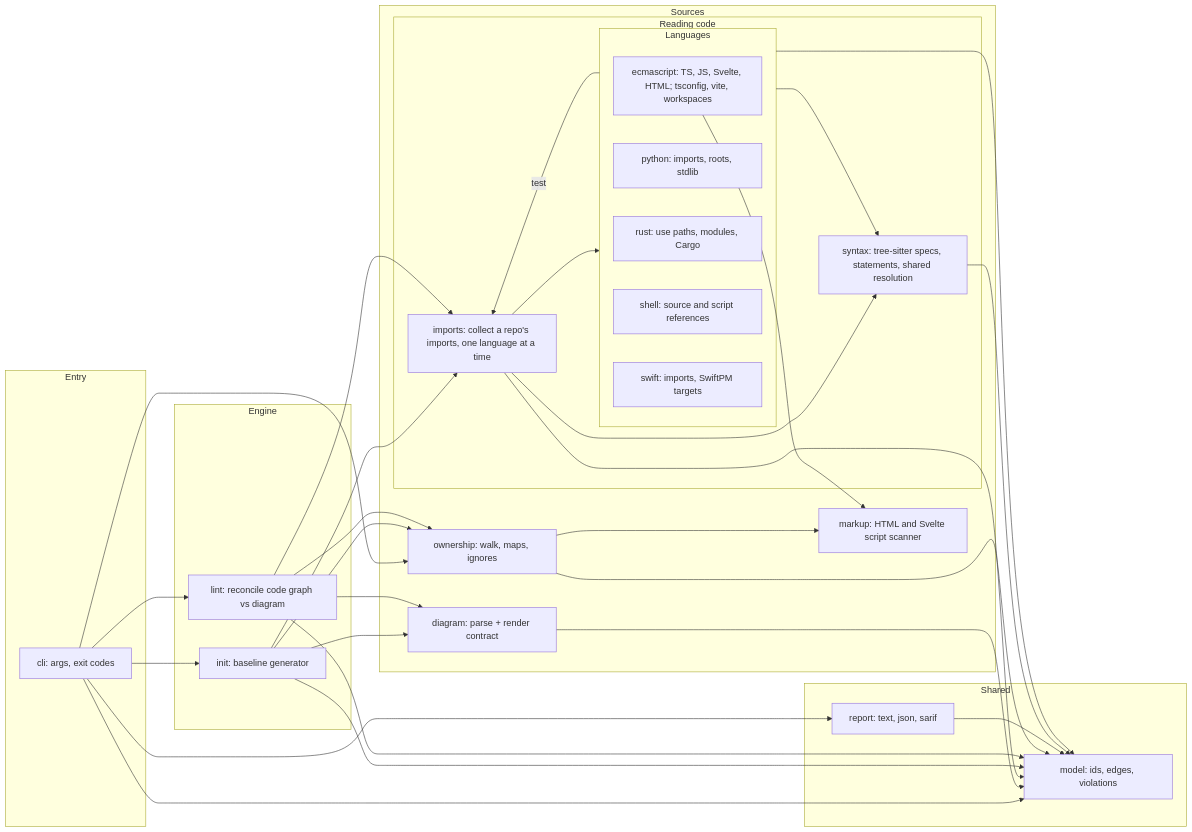
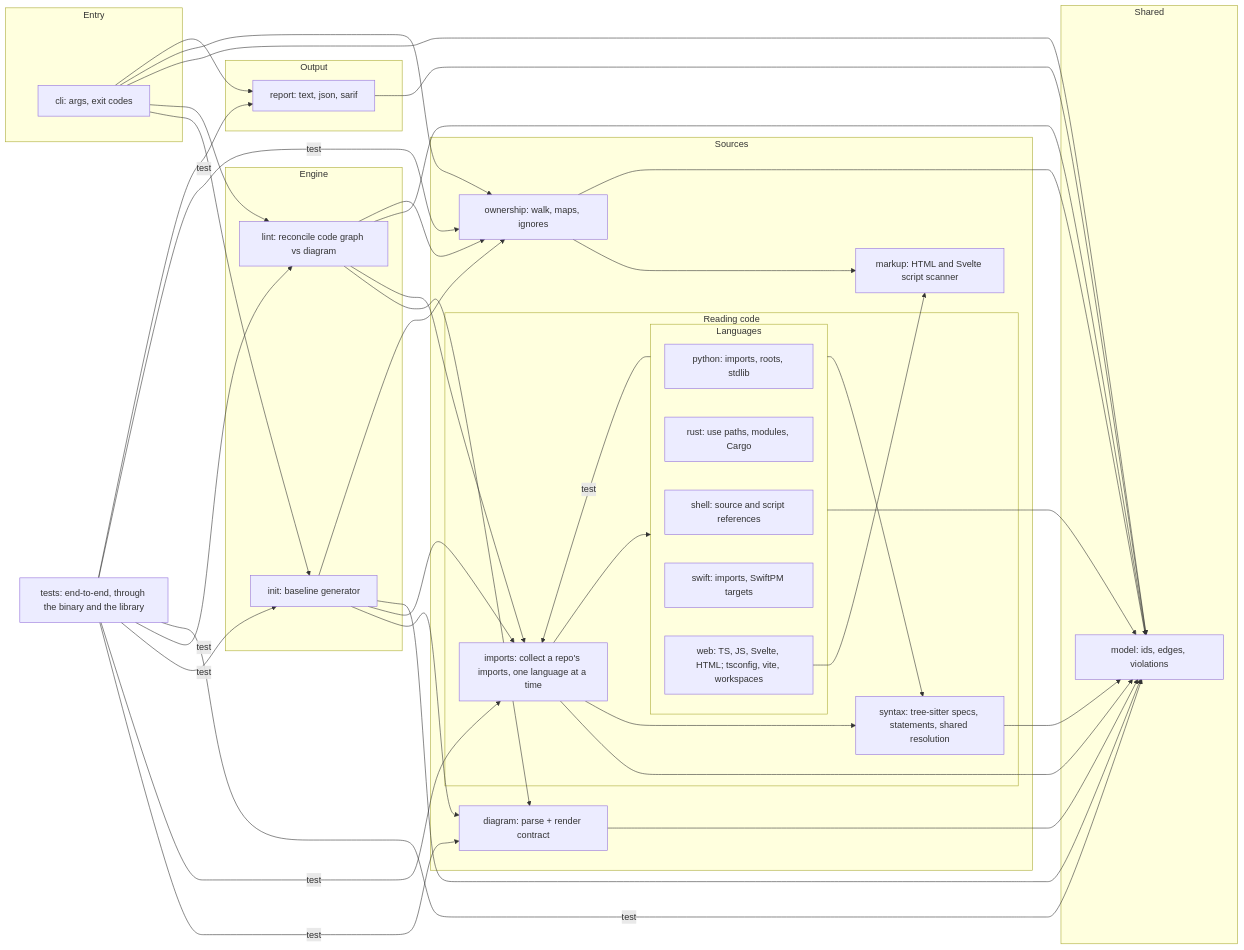
One commit to phanshiyu/driftwall changed the diagram in architecture.mmd. Above: the diagram before and after it, drawn with Mermaid. The commit also changed 56 other files, not shown here.

First line of the commit message:
contract: web, a narrow imports facade, allow-lists, an output layer, tests under the contract

```diff
--- a/architecture.mmd
+++ b/architecture.mmd
@@ -1,92 +1,115 @@
 %% driftwall architecture contract.
 %% Solid arrow  (-->)  = implemented dependency, enforced.
 %% Dotted arrow (-.->) = planned dependency, tolerated until built.
 flowchart LR
 
   subgraph engine["Engine"]
     init["init: baseline generator"]
     lint["lint: reconcile code graph vs diagram"]
   end
 
   subgraph entry["Entry"]
     cli["cli: args, exit codes"]
   end
 
+  subgraph output["Output"]
+    report["report: text, json, sarif"]
+  end
+
   subgraph shared["Shared"]
     model["model: ids, edges, violations"]
-    report["report: text, json, sarif"]
   end
 
   subgraph sources["Sources"]
     subgraph reading["Reading code"]
       subgraph languages["Languages"]
-        ecmascript["ecmascript: TS, JS, Svelte, HTML; tsconfig, vite, workspaces"]
         python["python: imports, roots, stdlib"]
         rust["rust: use paths, modules, Cargo"]
         shell["shell: source and script references"]
         swift["swift: imports, SwiftPM targets"]
+        web["web: TS, JS, Svelte, HTML; tsconfig, vite, workspaces"]
       end
       imports["imports: collect a repo's imports, one language at a time"]
       syntax["syntax: tree-sitter specs, statements, shared resolution"]
     end
     diagram["diagram: parse + render contract"]
     markup["markup: HTML and Svelte script scanner"]
     ownership["ownership: walk, maps, ignores"]
   end
 
+  tests["tests: end-to-end, through the binary and the library"]
+
   cli --> init
   cli --> lint
   cli --> model
   cli --> ownership
   cli --> report
   diagram --> model
-  ecmascript --> markup
   imports --> model
   imports --> syntax
   init --> diagram
   init --> imports
   init --> model
   init --> ownership
   lint --> diagram
   lint --> imports
   lint --> model
   lint --> ownership
   ownership --> markup
   ownership --> model
   report --> model
   syntax --> model
+  tests -->|test| diagram
+  tests -->|test| imports
+  tests -->|test| init
+  tests -->|test| lint
+  tests -->|test| model
+  tests -->|test| ownership
+  tests -->|test| report
+  web --> markup
   imports --> languages
   languages -->|test| imports
   languages --> model
   languages --> syntax
 
-  %% order: entry > engine > sources > shared
+  %% exports imports: Facades, FileImports, ImportsError, collect_with_assets, collect_with_facades, swift_targets
+
+  %% order: entry > output > engine > sources > shared
   %% isolated: languages
   %% no-cycles
   %% no-cycles: boundaries
   %% tests: isolated
   %% facade imports
 
+  %% packages cli: anyhow, clap, serde, serde_json, tempfile
+  %% packages diagram: thiserror
+  %% packages imports: rayon, thiserror, tree_sitter
+  %% packages init: serde, serde_json, thiserror, toml
+  %% packages lint: thiserror
   %% packages markup:
-  %% forbid-packages model: tree_sitter*, ignore, rayon, clap, anyhow
-  %% forbid-packages report: tree_sitter*, ignore, rayon, clap, anyhow
-  %% forbid-packages diagram: tree_sitter*, ignore, rayon, clap, anyhow
-  %% forbid-packages lint: tree_sitter*, ignore, clap, anyhow
-  %% forbid-packages init: tree_sitter*, ignore, clap, anyhow
-  %% forbid-packages ownership: tree_sitter*, clap, anyhow
+  %% packages model: serde, thiserror
+  %% packages ownership: ignore, thiserror
+  %% packages python: jsonc_parser, serde_json, toml, tree_sitter, tree_sitter_python
+  %% packages report: serde, serde_json, thiserror
+  %% packages rust: rayon, serde, toml, tree_sitter, tree_sitter_rust
+  %% packages shell: tree_sitter, tree_sitter_bash
+  %% packages swift: tree_sitter, tree_sitter_swift
+  %% packages syntax: tree_sitter
+  %% packages web: jsonc_parser, serde, serde_json, tree_sitter, tree_sitter_javascript, tree_sitter_typescript
 
   %% map cli: src/cli/, src/lib.rs
   %% map lint: src/lint/
   %% map init: src/init/
   %% map diagram: src/diagram/
   %% map ownership: src/ownership/
   %% map imports: src/imports/
-  %% map ecmascript: src/imports/ecmascript/
+  %% map tests: tests/
+  %% map web: src/imports/web/
   %% map python: src/imports/python/
   %% map rust: src/imports/rust/
   %% map swift: src/imports/swift/
   %% map shell: src/imports/shell/
   %% map syntax: src/imports/syntax/
   %% map markup: src/markup/
   %% map model: src/model/
   %% map report: src/report/
```
